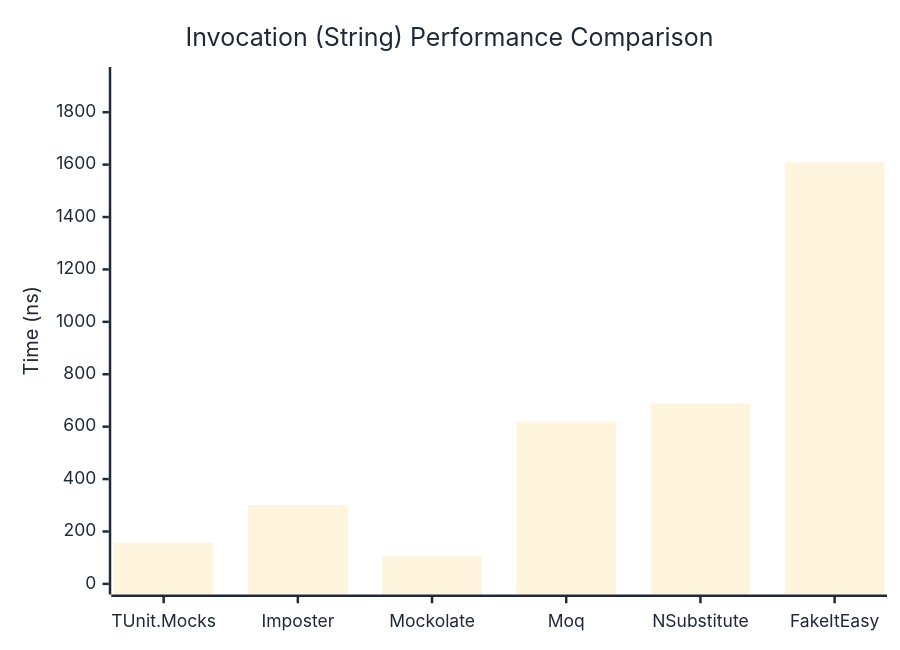
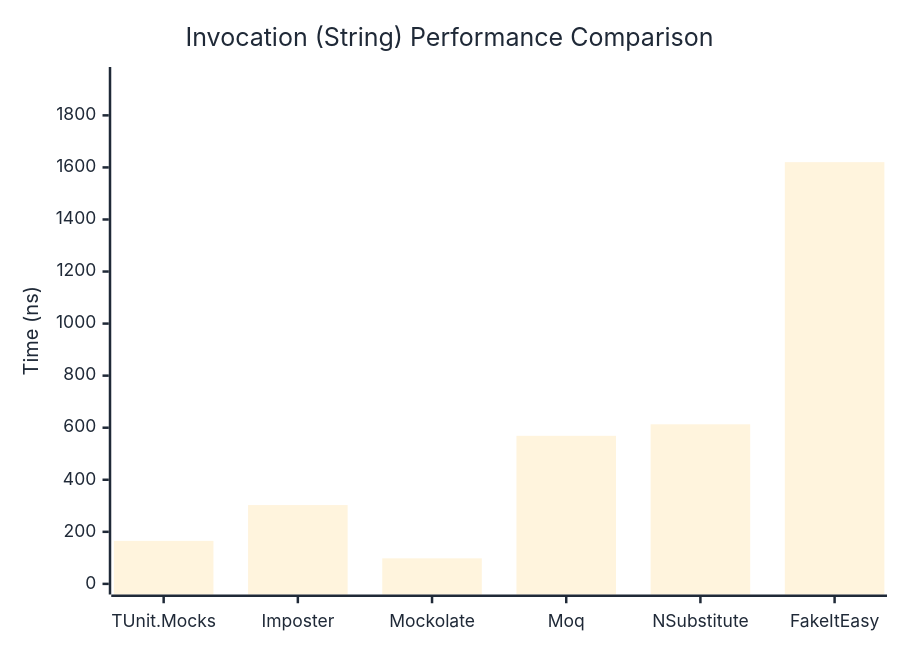
One commit to thomhurst/TUnit changed the second of 3 diagrams in docs/docs/benchmarks/mocks/Invocation.md. Above: the diagram before and after it, drawn with Mermaid. The commit also changed other lines of this file and 14 other files, not shown here.

````diff
--- a/docs/docs/benchmarks/mocks/Invocation.md
+++ b/docs/docs/benchmarks/mocks/Invocation.md
@@ -71,27 +71,27 @@
 ```mermaid
 %%{init: {
   'theme':'base',
   'themeVariables': {
     'primaryColor': '#2563eb',
     'primaryTextColor': '#1f2937',
     'primaryBorderColor': '#1e40af',
     'lineColor': '#6b7280',
     'secondaryColor': '#7c3aed',
     'tertiaryColor': '#dc2626',
     'background': '#ffffff',
     'pie1': '#2563eb',
     'pie2': '#7c3aed',
     'pie3': '#dc2626',
     'pie4': '#f59e0b',
     'pie5': '#10b981',
     'pie6': '#06b6d4',
     'pie7': '#ec4899',
     'pie8': '#6366f1'
   }
 }}%%
 xychart-beta
   title "Invocation (String) Performance Comparison"
   x-axis ["TUnit.Mocks", "Imposter", "Mockolate", "Moq", "NSubstitute", "FakeItEasy"]
-  y-axis "Time (ns)" 0 --> 1932
-  bar [157.5, 301.1, 105, 617.1, 688.6, 1609.2]
+  y-axis "Time (ns)" 0 --> 1945
+  bar [165.17, 302.78, 98.11, 568.81, 613.04, 1620.27]
 ```
````
